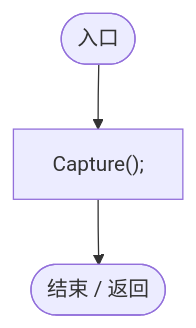
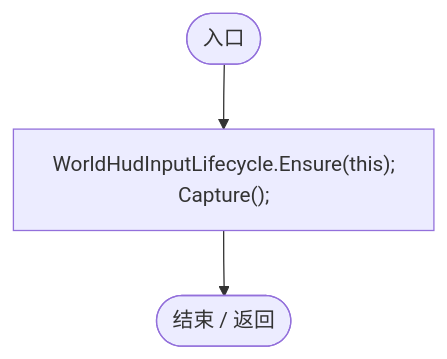
Before and after one commit to xhs6666/Darwin_paradise: the seventh of 36 diagrams in Docs/运行流程图/脚本/a1f1791f9e7a8035.md, drawn with Mermaid. The commit also changed other lines of this file and 48 other files, not shown here.

Commit message:
fix: restore HUD input and callbacks after loading worlds

````diff
--- a/Docs/运行流程图/脚本/a1f1791f9e7a8035.md
+++ b/Docs/运行流程图/脚本/a1f1791f9e7a8035.md
@@ -120,9 +176,9 @@
 ```mermaid
 flowchart TD
   b0(["入口"])
-  b1["Capture();"]
+  b1["WorldHudInputLifecycle.Ensure(this);<br/>Capture();"]
   b2(["结束 / 返回"])
   b0 --> b1
   b1 --> b2
 
 ```
````
